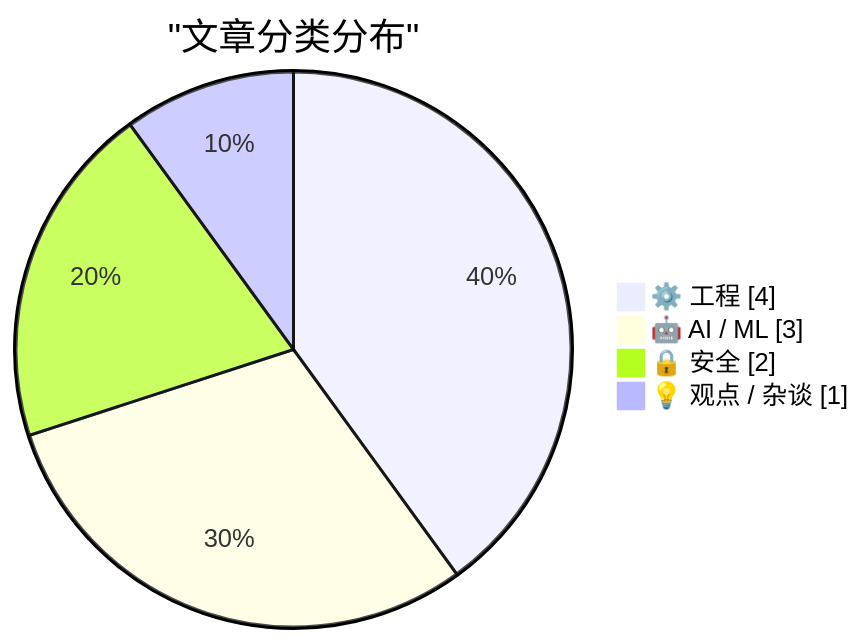
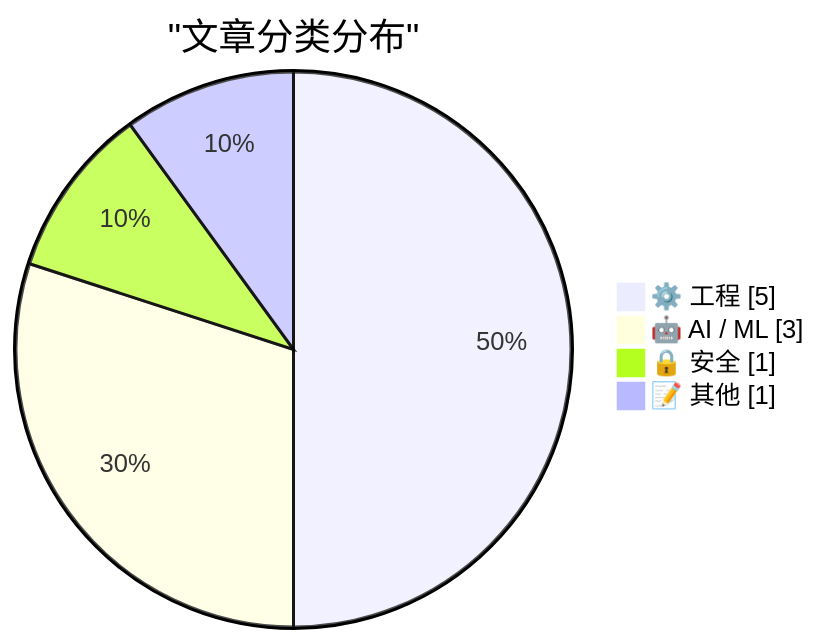
One commit to originem0/SZBlog changed the first of 2 diagrams in content/ai-daily/2026-03-27.md. Above: the diagram before and after it, drawn with Mermaid. The commit also changed other lines of this file, not shown here.

````diff
--- a/content/ai-daily/2026-03-27.md
+++ b/content/ai-daily/2026-03-27.md
@@ -56,8 +56,8 @@
 ```mermaid
 pie showData
     title "文章分类分布"
-    "⚙️ 工程" : 4
+    "⚙️ 工程" : 5
     "🤖 AI / ML" : 3
-    "🔒 安全" : 2
-    "💡 观点 / 杂谈" : 1
+    "🔒 安全" : 1
+    "📝 其他" : 1
 ```
````
